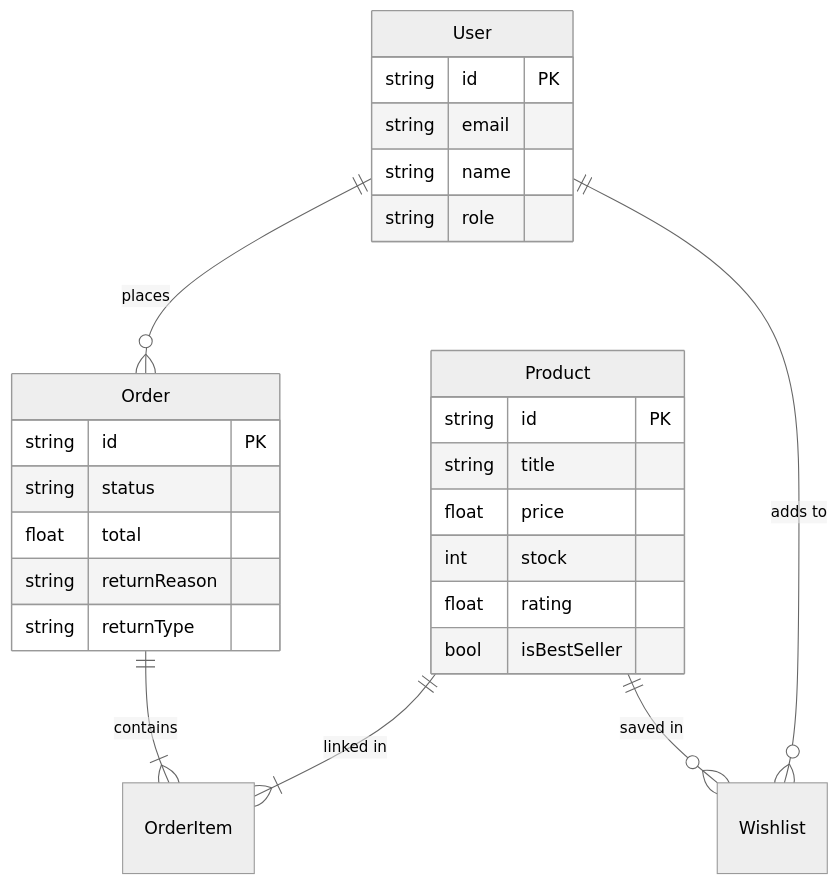
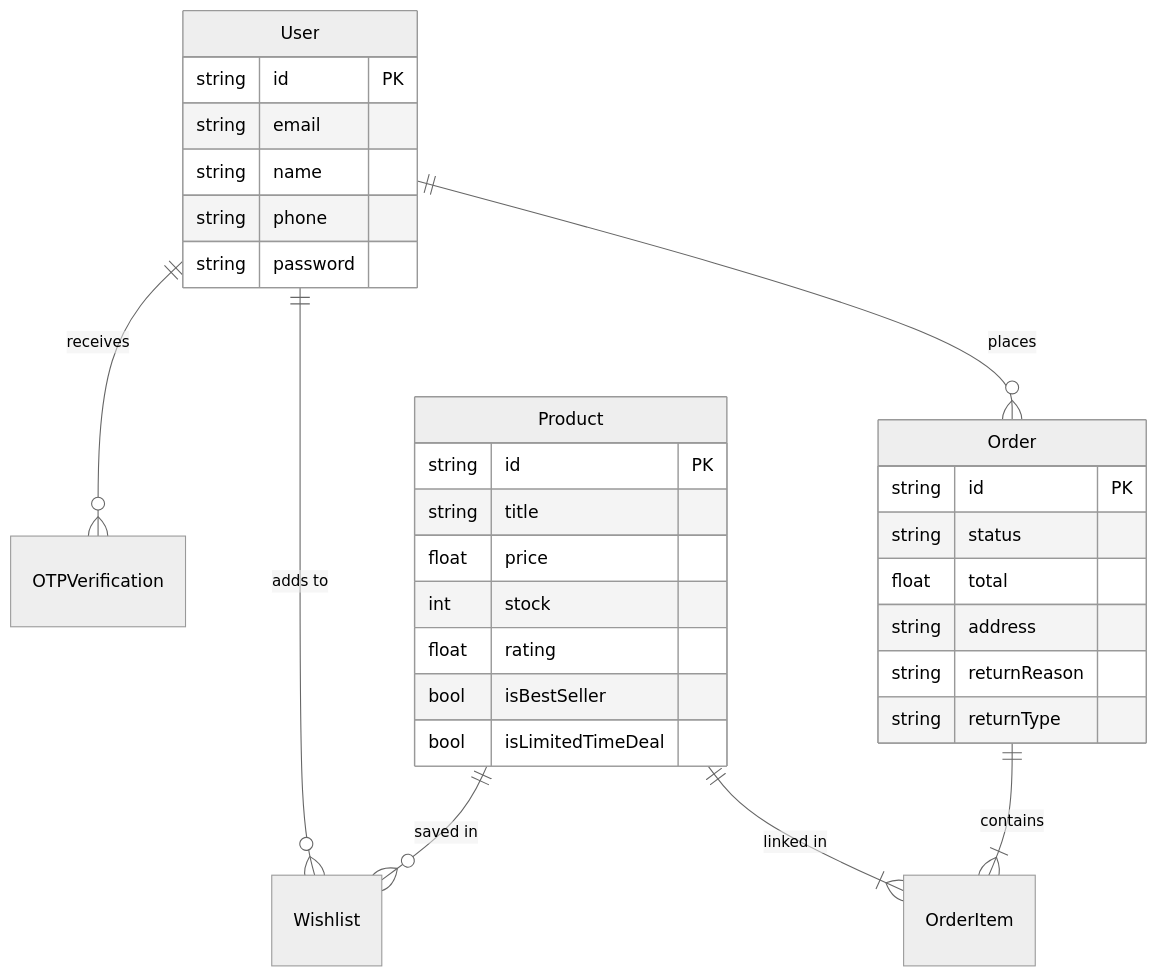
One commit to yashita13/amazon-clone-scaler changed the third of 3 diagrams in README.md. Above: the diagram before and after it, drawn with Mermaid (neutral theme). The commit also changed other lines of this file and 1 other file, not shown here.

````diff
--- a/README.md
+++ b/README.md
@@ -56,32 +84,36 @@
 ```mermaid
 erDiagram
     User ||--o{ Order : places
     User ||--o{ Wishlist : "adds to"
+    User ||--o{ OTPVerification : "receives"
     Order ||--|{ OrderItem : "contains"
     Product ||--|{ OrderItem : "linked in"
     Product ||--o{ Wishlist : "saved in"
 
     User {
         string id PK
         string email
         string name
-        string role
+        string phone
+        string password
     }
 
     Product {
         string id PK
         string title
         float price
         int stock
         float rating
         bool isBestSeller
+        bool isLimitedTimeDeal
     }
 
     Order {
         string id PK
         string status
         float total
+        string address
         string returnReason
         string returnType
     }
 ```
````
